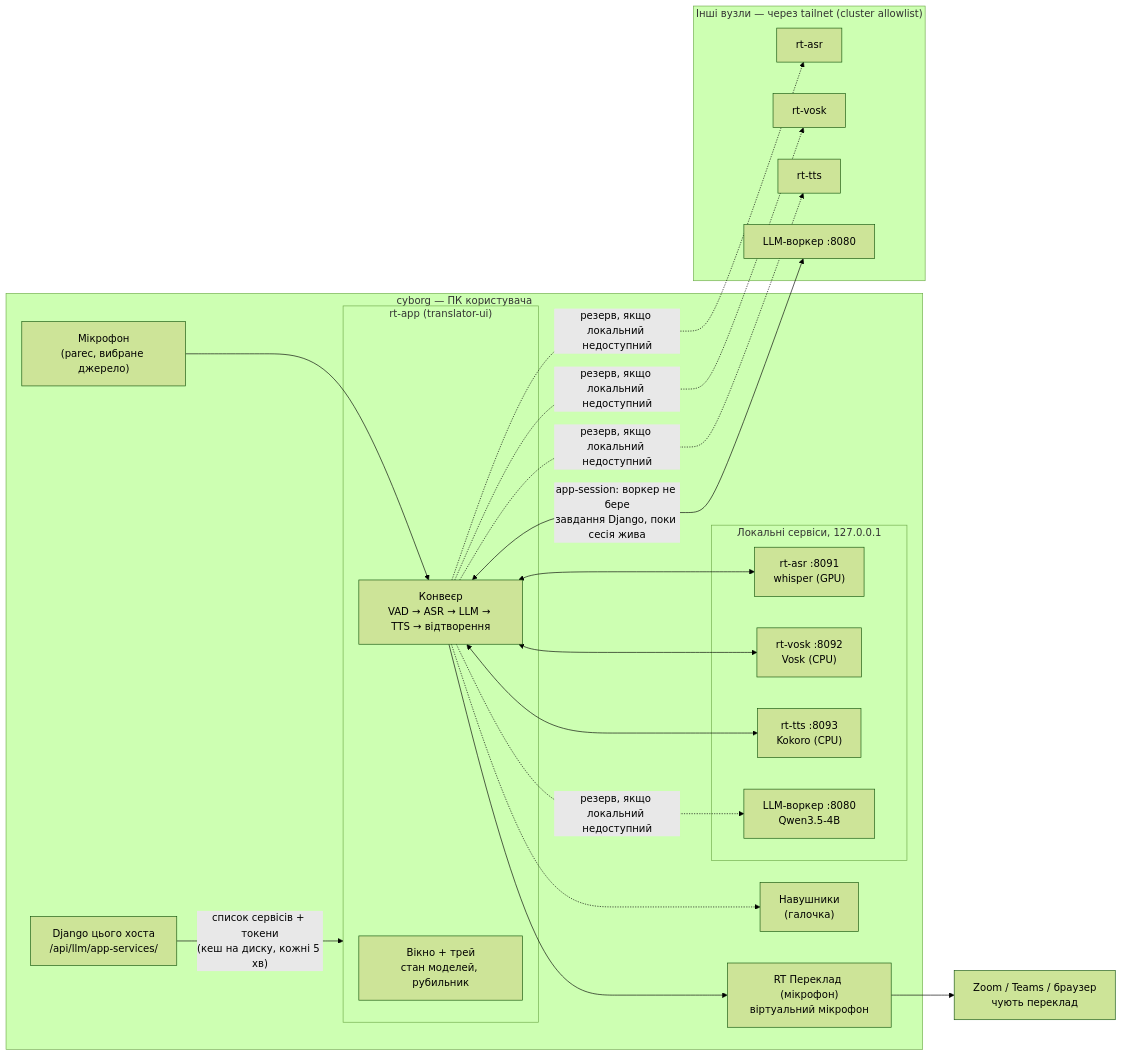
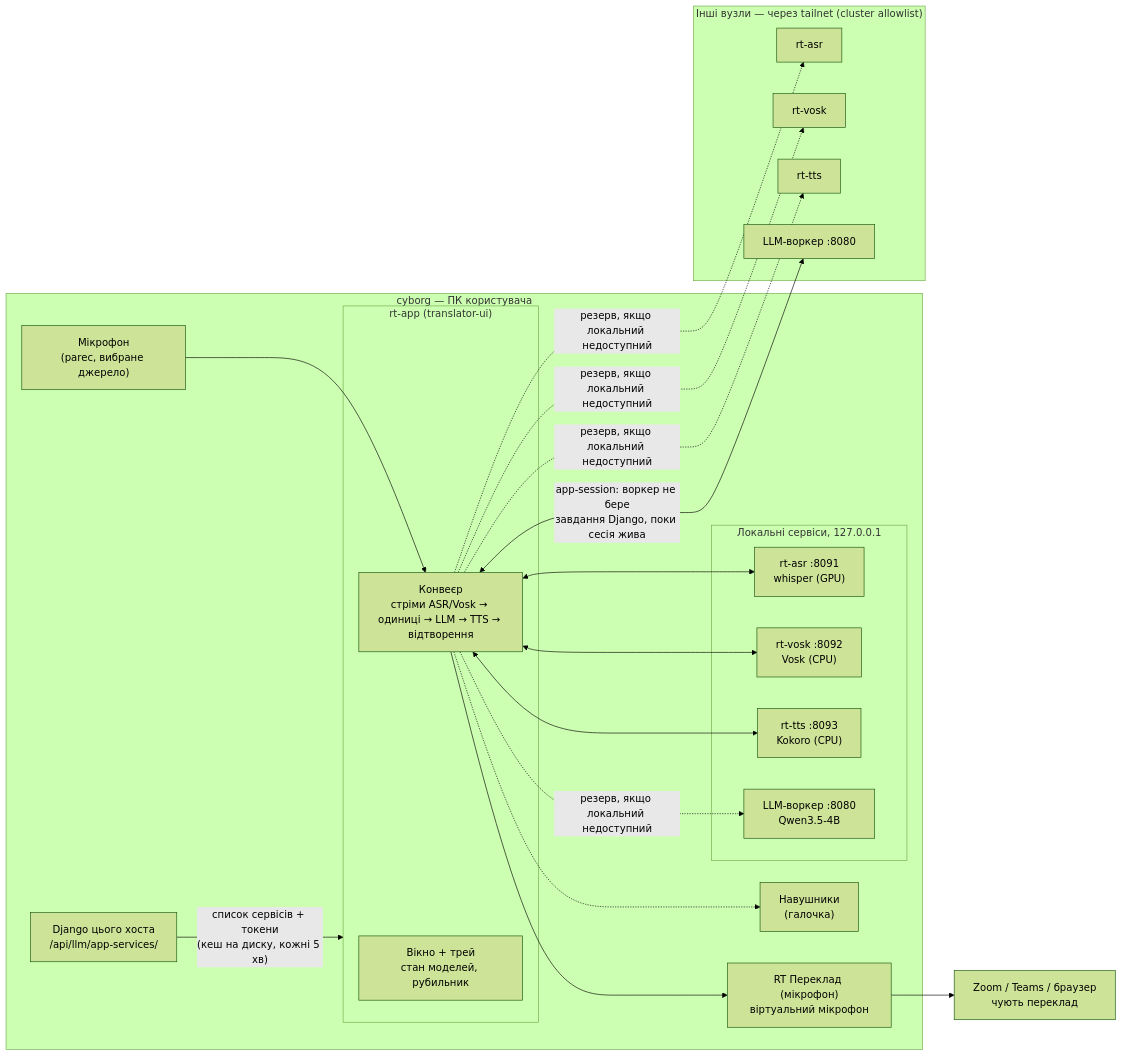
Before and after one commit to DohuyaMa/realtime-translation: the first of 4 diagrams in docs/pipeline-diagrams.md, drawn with Mermaid (forest theme). The commit also changed other lines of this file and 1 other file, not shown here.

Commit message:
docs(S4): pipeline diagram and USAGE for the stream pipeline - units, NEXT, grey tail, per-unit Vosk gate, level, deaf Vosk, latency stats, pipeline_bench

````diff
--- a/docs/pipeline-diagrams.md
+++ b/docs/pipeline-diagrams.md
@@ -9,35 +11,35 @@
 ```mermaid
 flowchart LR
   subgraph PC["cyborg — ПК користувача"]
     MIC["Мікрофон<br/>(parec, вибране джерело)"]
     subgraph APP["rt-app (translator-ui)"]
-      PIPE["Конвеєр<br/>VAD → ASR → LLM → TTS → відтворення"]
+      PIPE["Конвеєр<br/>стріми ASR/Vosk → одиниці → LLM → TTS → відтворення"]
       UI["Вікно + трей<br/>стан моделей, рубильник"]
     end
     subgraph LOCAL["Локальні сервіси, 127.0.0.1"]
       ASR["rt-asr :8091<br/>whisper (GPU)"]
       VOSK["rt-vosk :8092<br/>Vosk (CPU)"]
       TTS["rt-tts :8093<br/>Kokoro (CPU)"]
       W1["LLM-воркер :8080<br/>Qwen3.5-4B"]
     end
     DJ1["Django цього хоста<br/>/api/llm/app-services/"]
     VM["RT Переклад (мікрофон)<br/>віртуальний мікрофон"]
     HP["Навушники<br/>(галочка)"]
   end
 
   subgraph SK["Інші вузли — через tailnet (cluster allowlist)"]
     ASR2["rt-asr"]
     VOSK2["rt-vosk"]
     TTS2["rt-tts"]
     W2["LLM-воркер :8080"]
   end
 
   DJ1 -- "список сервісів + токени<br/>(кеш на диску, кожні 5 хв)" --> APP
   MIC --> PIPE
   PIPE <--> ASR & VOSK & TTS
   PIPE <-- "app-session: воркер не бере<br/>завдання Django, поки сесія жива" --> W2
   PIPE -. "резерв, якщо локальний недоступний" .-> ASR2 & VOSK2 & TTS2 & W1
   PIPE --> VM
   PIPE -.-> HP
   VM --> OTHER["Zoom / Teams / браузер<br/>чують переклад"]
 ```
````
